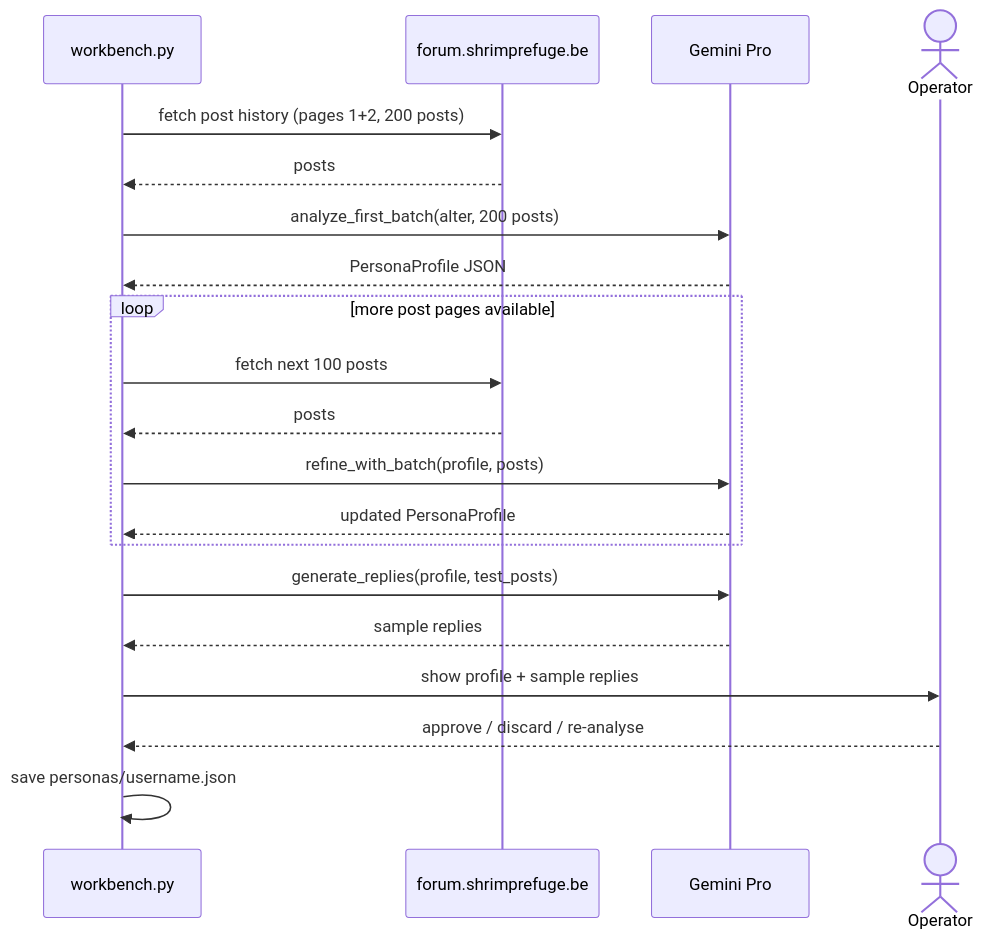
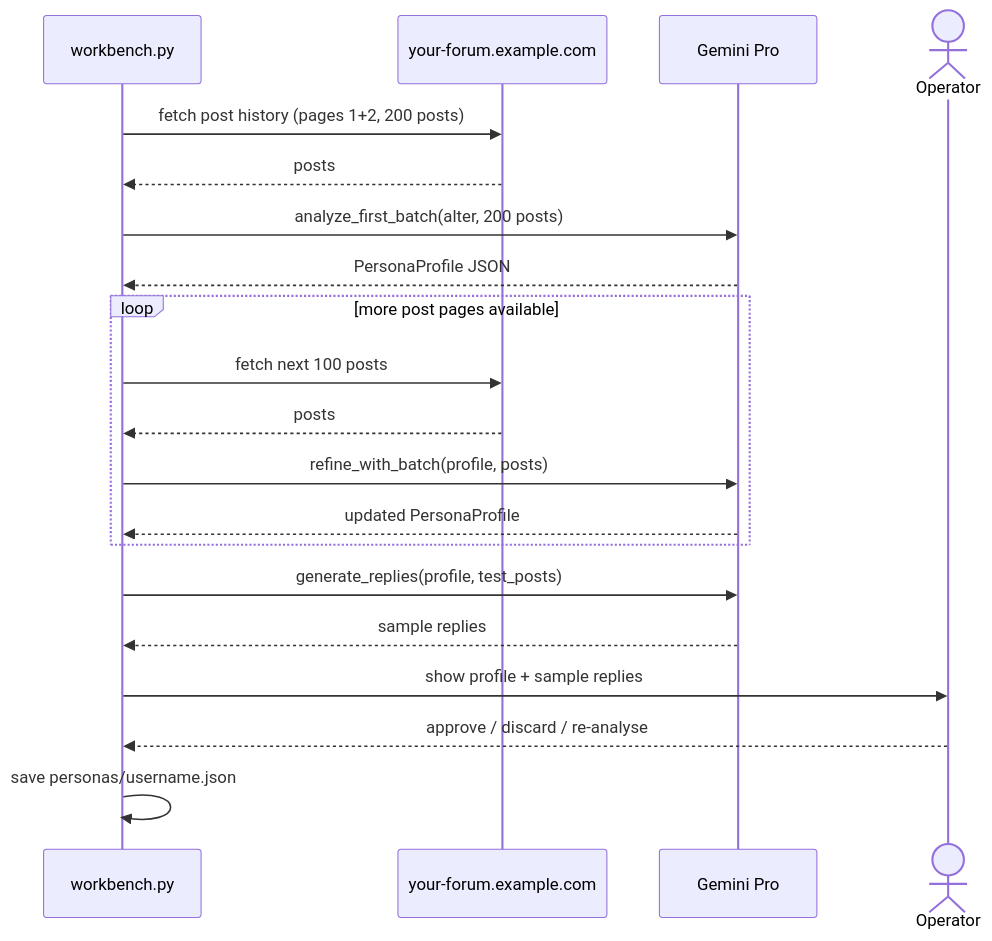
One commit to bavobbr/forum-community-simulator changed the third of 4 diagrams in README.md. Above: the diagram before and after it, drawn with Mermaid. The commit also changed other lines of this file and 9 other files, not shown here.

````diff
--- a/README.md
+++ b/README.md
@@ -145,28 +145,28 @@
 ```mermaid
 sequenceDiagram
     participant WB as workbench.py
-    participant Forum as forum.shrimprefuge.be
+    participant Forum as your-forum.example.com
     participant Gemini as Gemini Pro
     actor Operator
 
     WB->>Forum: fetch post history (pages 1+2, 200 posts)
     Forum-->>WB: posts
 
     WB->>Gemini: analyze_first_batch(alter, 200 posts)
     Gemini-->>WB: PersonaProfile JSON
 
     loop more post pages available
         WB->>Forum: fetch next 100 posts
         Forum-->>WB: posts
         WB->>Gemini: refine_with_batch(profile, posts)
         Gemini-->>WB: updated PersonaProfile
     end
 
     WB->>Gemini: generate_replies(profile, test_posts)
     Gemini-->>WB: sample replies
 
     WB->>Operator: show profile + sample replies
     Operator-->>WB: approve / discard / re-analyse
 
     WB->>WB: save personas/username.json
 ```
````
